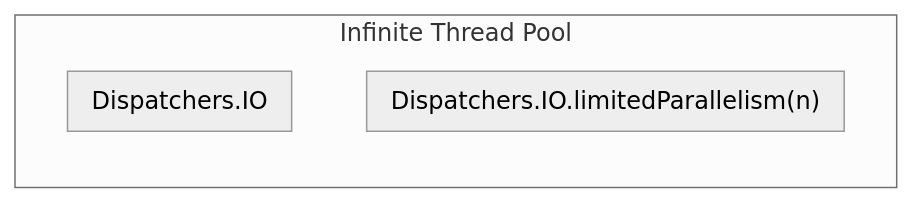
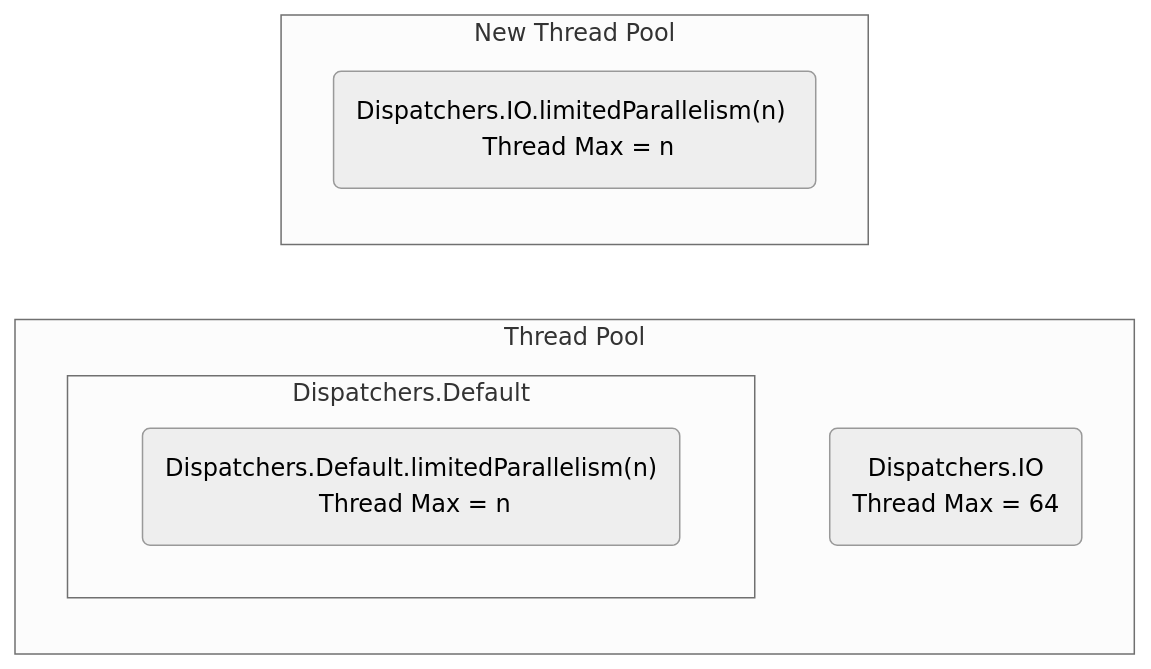
Before and after one commit to yongsuk44/Study: the third of 4 diagrams in CoroutineDeepDive/Part2/Part 2 : 코루틴 라이브러리.md, drawn with Mermaid (neutral theme). The commit also changed other lines of this file and 1 other file, not shown here.

Commit message:
docs(Coroutine library) : Dispatchers

````diff
--- a/CoroutineDeepDive/Part2/Part 2 : 코루틴 라이브러리.md
+++ b/CoroutineDeepDive/Part2/Part 2 : 코루틴 라이브러리.md
@@ -637,9 +669,13 @@
 ```mermaid
 graph LR
-    subgraph Infinite Thread Pool
-        subgraph "Dispatchers.IO.limitedParallelism(n)"
-        end
-        subgraph Dispatchers.IO
+    subgraph Thread Pool
+        IO("Dispatchers.IO \n Thread Max = 64")
+        subgraph Dispatchers.Default 
+            Default("Dispatchers.Default.limitedParallelism(n)\n Thread Max = n")
         end
     end
+    
+    subgraph New Thread Pool
+      A("Dispatchers.IO.limitedParallelism(n) \n Thread Max = n")
+    end
 ```
````
